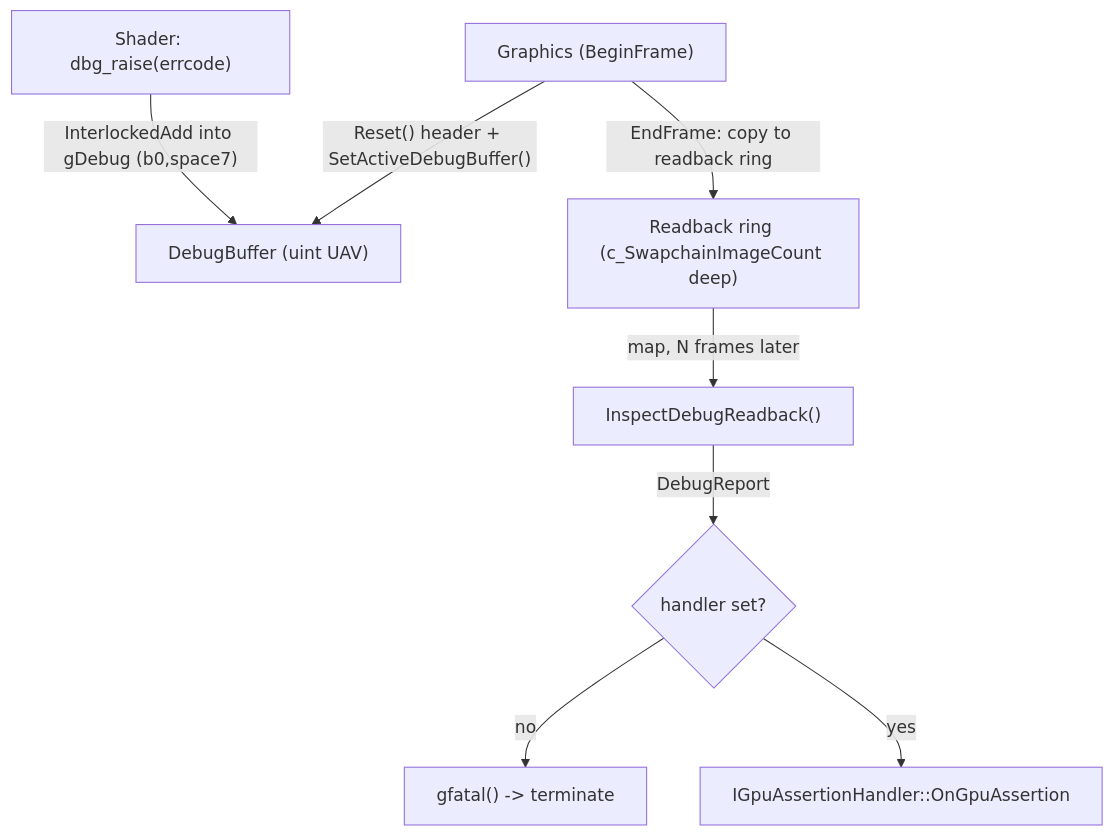
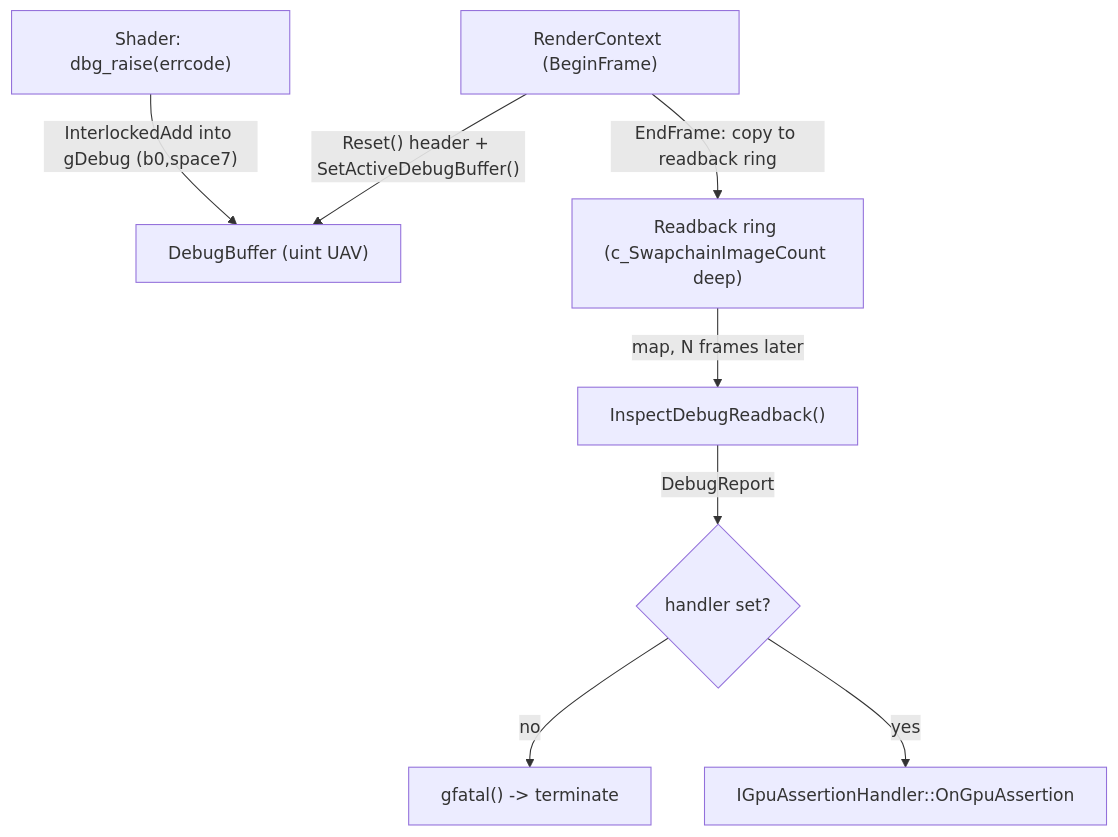
Before and after one commit to alexjiang200407/bernini: the diagram in docs/gfx_debug.md, drawn with Mermaid. The commit also changed other lines of this file and 5 other files, not shown here.

````diff
--- a/docs/gfx_debug.md
+++ b/docs/gfx_debug.md
@@ -102,10 +102,10 @@
 ```mermaid
 flowchart TD
     Shader["Shader: dbg_raise(errcode)"] -- "InterlockedAdd into gDebug (b0,space7)" --> Buf["DebugBuffer (uint UAV)"]
-    Graphics["Graphics (BeginFrame)"] -- "Reset() header + SetActiveDebugBuffer()" --> Buf
-    Graphics -- "EndFrame: copy to readback ring" --> Ring["Readback ring (c_SwapchainImageCount deep)"]
+    Ctx["RenderContext (BeginFrame)"] -- "Reset() header + SetActiveDebugBuffer()" --> Buf
+    Ctx -- "EndFrame: copy to readback ring" --> Ring["Readback ring (c_SwapchainImageCount deep)"]
     Ring -- "map, N frames later" --> Inspect["InspectDebugReadback()"]
     Inspect -- "DebugReport" --> Decide{"handler set?"}
     Decide -- "no" --> Crash["gfatal() -> terminate"]
     Decide -- "yes" --> Handler["IGpuAssertionHandler::OnGpuAssertion"]
 ```
````
